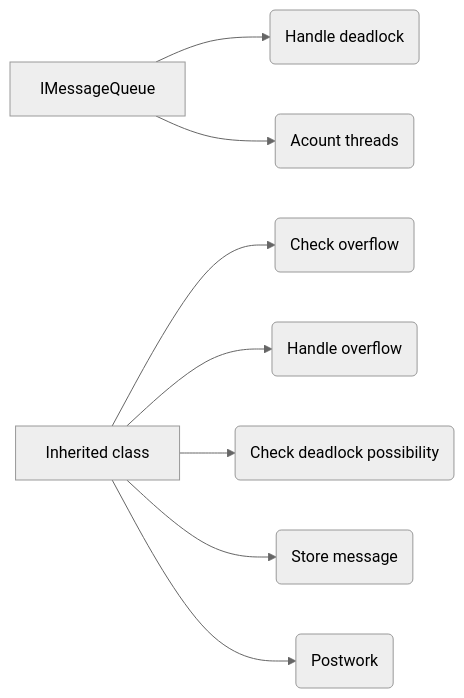
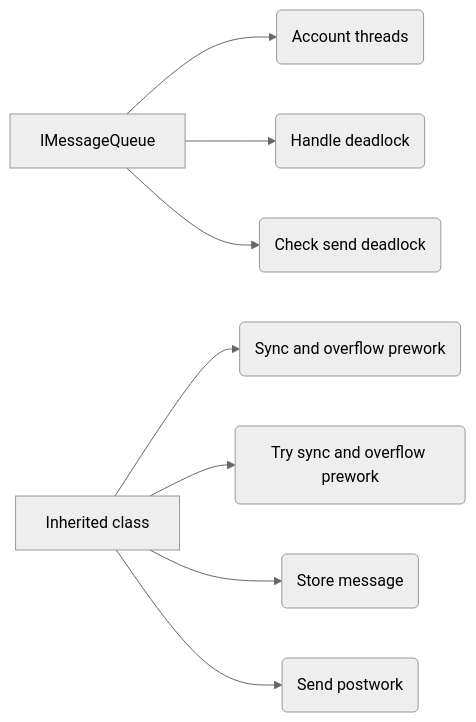
Before and after one commit to R185/message_queue_practical: the fourth of 4 diagrams in ADR.md, drawn with Mermaid (neutral theme). The commit also changed other lines of this file, not shown here.

Commit message:
docs(base queue): Adjusted adr

````diff
--- a/ADR.md
+++ b/ADR.md
@@ -139,10 +174,10 @@
 ``` mermaid
 flowchart LR
-    A[IMessageQueue] --> M3(Handle deadlock)
-    A --> M0(Acount threads)
-    B[Inherited class] --> M1(Check overflow)
-    B --> M4(Handle overflow)
-    B --> M2(Check deadlock possibility)
-    B --> M5(Store message)
-    B --> M6(Postwork)
+    A[IMessageQueue] --> M0(Account threads)
+    A --> M2(Handle deadlock)
+    A --> M1(Check send deadlock)
+    B[Inherited class] --> M3(Sync and overflow prework)
+    B --> M3t(Try sync and overflow prework)
+    B --> M4(Store message)
+    B --> M5(Send postwork)
 ```
````
